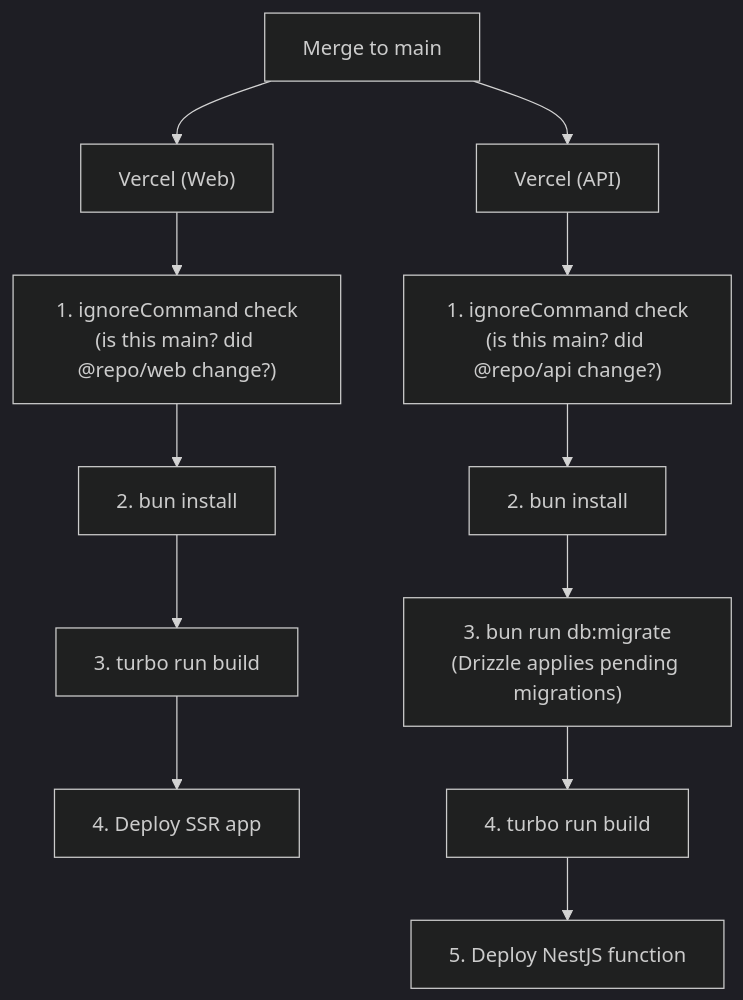
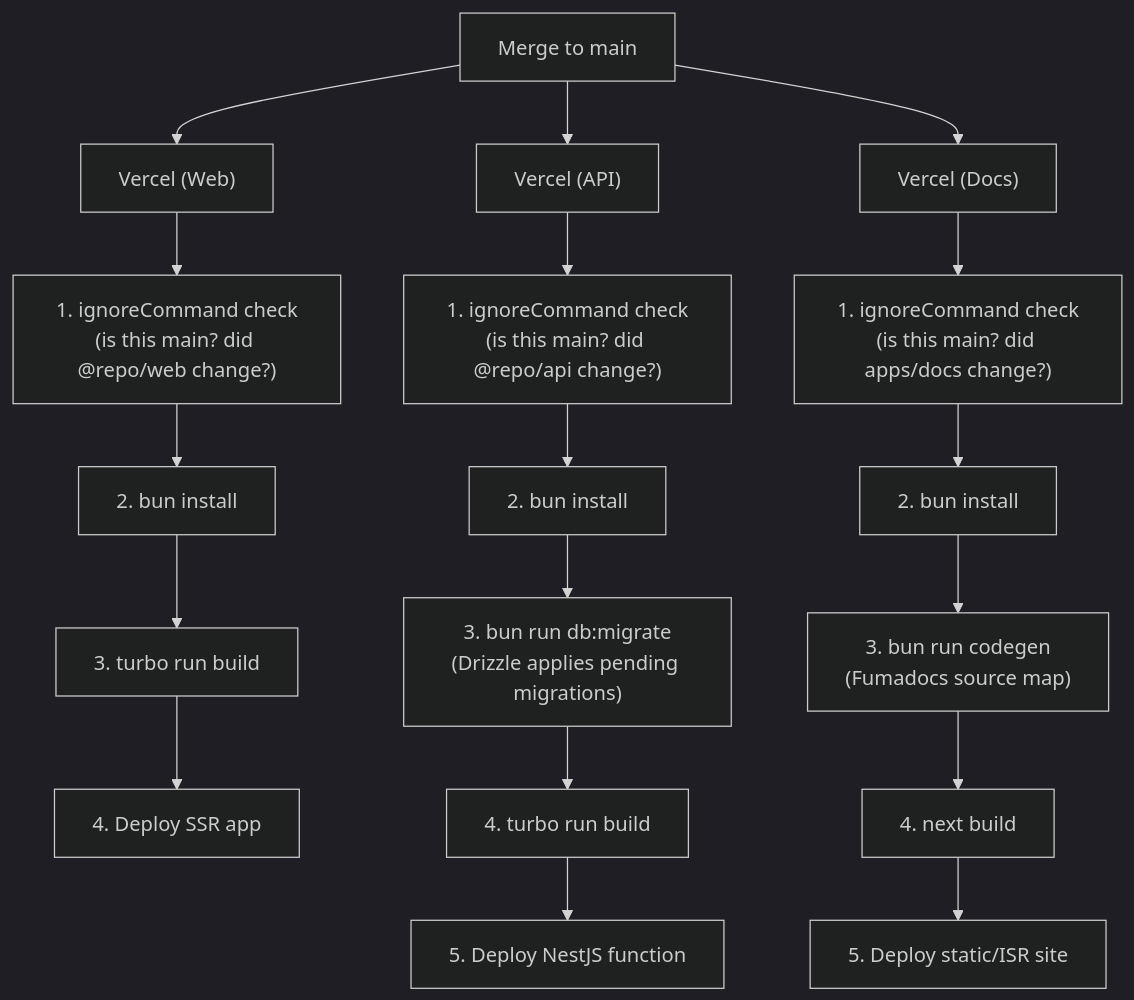
One commit to MickaelV0/roxabi_boilerplate changed the fourth of 4 diagrams in docs/architecture/ci-cd.mdx. Above: the diagram before and after it, drawn with Mermaid (dark theme). The commit also changed other lines of this file and 13 other files, not shown here.

````diff
--- a/docs/architecture/ci-cd.mdx
+++ b/docs/architecture/ci-cd.mdx
@@ -366,16 +366,23 @@
 ```mermaid
 flowchart TD
     M["Merge to main"] --> W["Vercel (Web)"]
     M --> A["Vercel (API)"]
+    M --> D["Vercel (Docs)"]
 
     W --> W1["1. ignoreCommand check<br/>(is this main? did @repo/web change?)"]
     W1 --> W2["2. bun install"]
     W2 --> W3["3. turbo run build"]
     W3 --> W4["4. Deploy SSR app"]
 
     A --> A1["1. ignoreCommand check<br/>(is this main? did @repo/api change?)"]
     A1 --> A2["2. bun install"]
     A2 --> A3["3. bun run db:migrate<br/>(Drizzle applies pending migrations)"]
     A3 --> A4["4. turbo run build"]
     A4 --> A5["5. Deploy NestJS function"]
+
+    D --> D1["1. ignoreCommand check<br/>(is this main? did apps/docs change?)"]
+    D1 --> D2["2. bun install"]
+    D2 --> D3["3. bun run codegen<br/>(Fumadocs source map)"]
+    D3 --> D4["4. next build"]
+    D4 --> D5["5. Deploy static/ISR site"]
 ```
````
